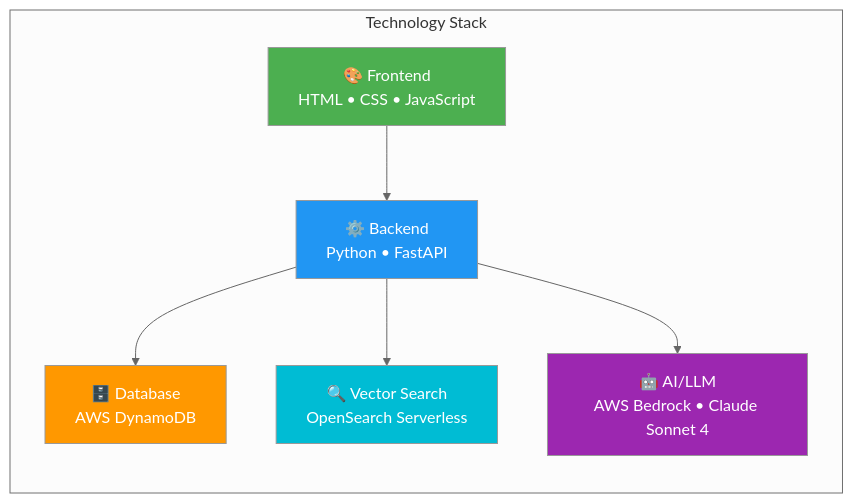
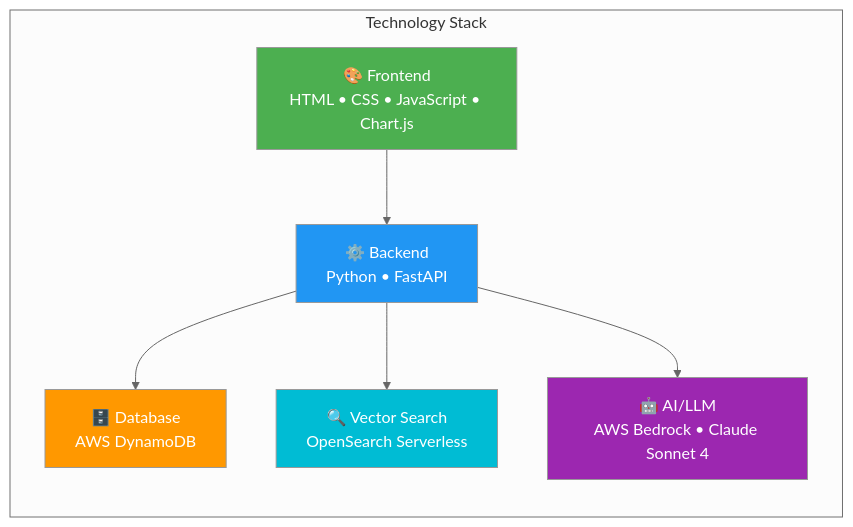
Before and after one commit to AlmazErmilov/aws-hack-prototype-terms-and-conditions-ass: the tenth of 11 diagrams in README.md, drawn with Mermaid (neutral theme). The commit also changed other lines of this file and 8 other files, not shown here.

First line of the commit message:
feat(frontend): add analytics dashboard with Chart.js visualizations

````diff
--- a/README.md
+++ b/README.md
@@ -176,21 +364,21 @@
 ```mermaid
 flowchart LR
     subgraph Stack["Technology Stack"]
         direction TB
-        FE["🎨 Frontend<br/>HTML • CSS • JavaScript"]
+        FE["🎨 Frontend<br/>HTML • CSS • JavaScript • Chart.js"]
         BE["⚙️ Backend<br/>Python • FastAPI"]
         DB["🗄️ Database<br/>AWS DynamoDB"]
         VS["🔍 Vector Search<br/>OpenSearch Serverless"]
         AI["🤖 AI/LLM<br/>AWS Bedrock • Claude Sonnet 4"]
     end
 
     FE --> BE --> DB
     BE --> VS
     BE --> AI
 
     style FE fill:#4caf50,color:#fff
     style BE fill:#2196f3,color:#fff
     style DB fill:#ff9800,color:#fff
     style VS fill:#00bcd4,color:#fff
     style AI fill:#9c27b0,color:#fff
 ```
````
